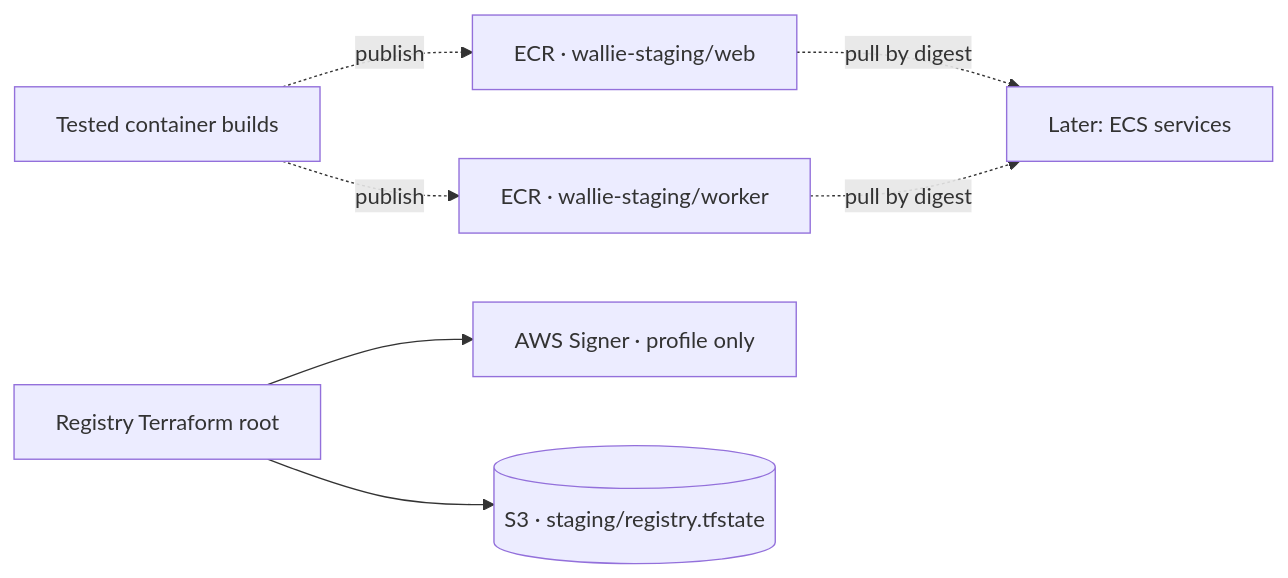
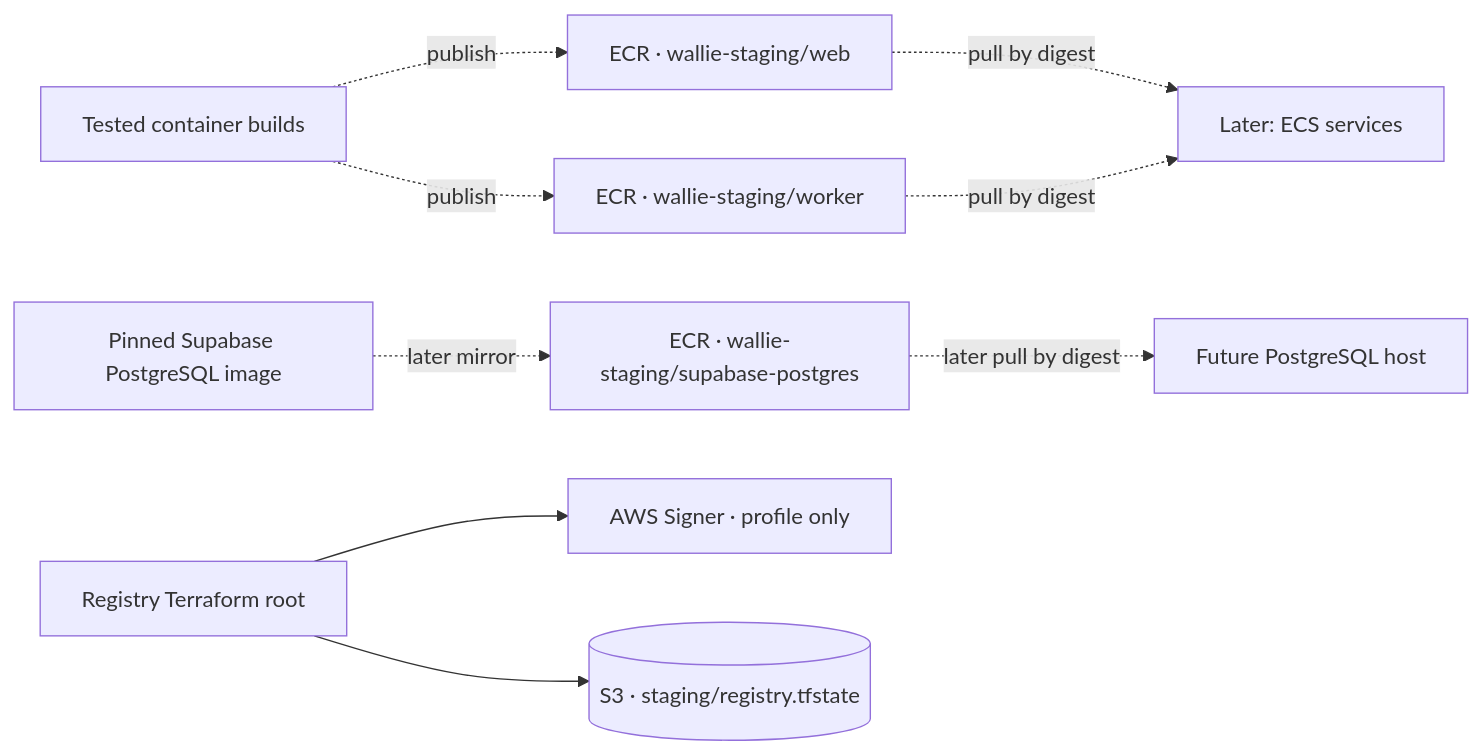
One commit to anantjain-xyz/wallie-dev changed the diagram in docs/AWS-STAGING-REGISTRY.md. Above: the diagram before and after it, drawn with Mermaid. The commit also changed other lines of this file and 7 other files, not shown here.

First line of the commit message:
Reserve ECR repository for Supabase PostgreSQL (#518)

````diff
--- a/docs/AWS-STAGING-REGISTRY.md
+++ b/docs/AWS-STAGING-REGISTRY.md
@@ -5,9 +5,11 @@
 ```mermaid
 flowchart LR
     build["Tested container builds"] -. publish .-> web["ECR · wallie-staging/web"]
     build -. publish .-> worker["ECR · wallie-staging/worker"]
+    upstream["Pinned Supabase PostgreSQL image"] -. later mirror .-> dbimage["ECR · wallie-staging/supabase-postgres"]
     web -. pull by digest .-> ecs["Later: ECS services"]
     worker -. pull by digest .-> ecs
+    dbimage -. later pull by digest .-> database["Future PostgreSQL host"]
     terraform["Registry Terraform root"] --> signer["AWS Signer · profile only"]
     terraform --> state[("S3 · staging/registry.tfstate")]
 ```
````
